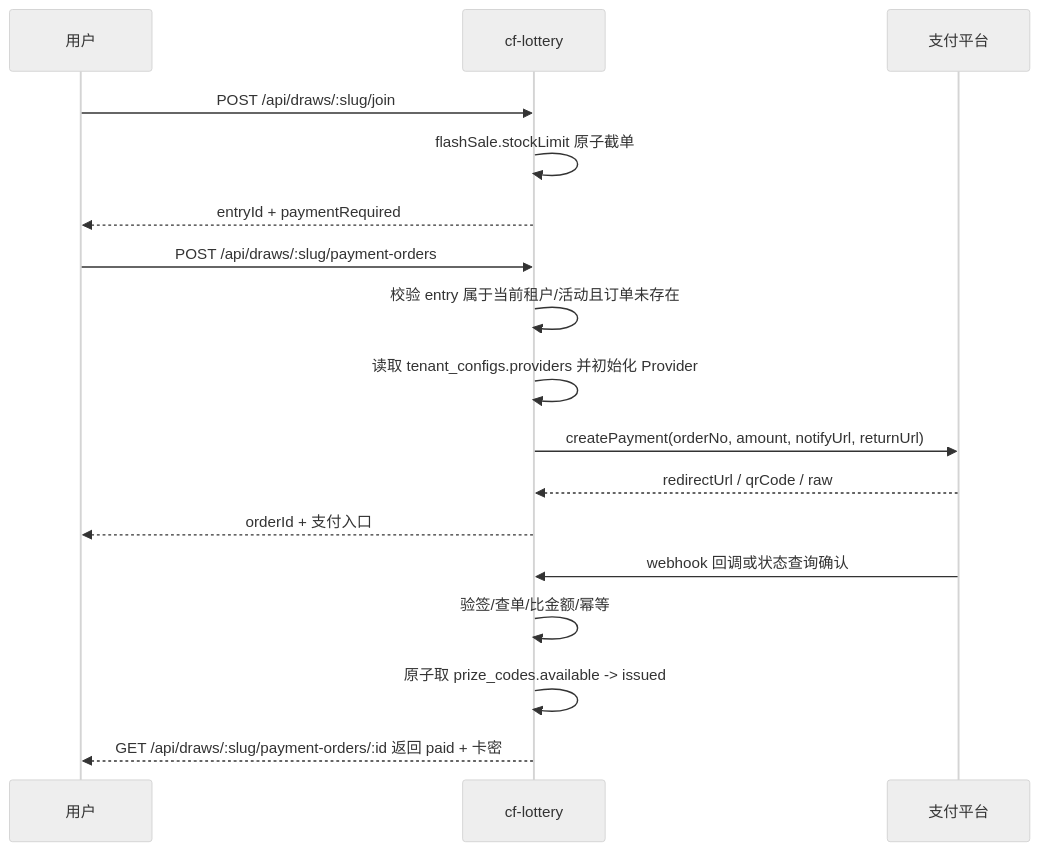
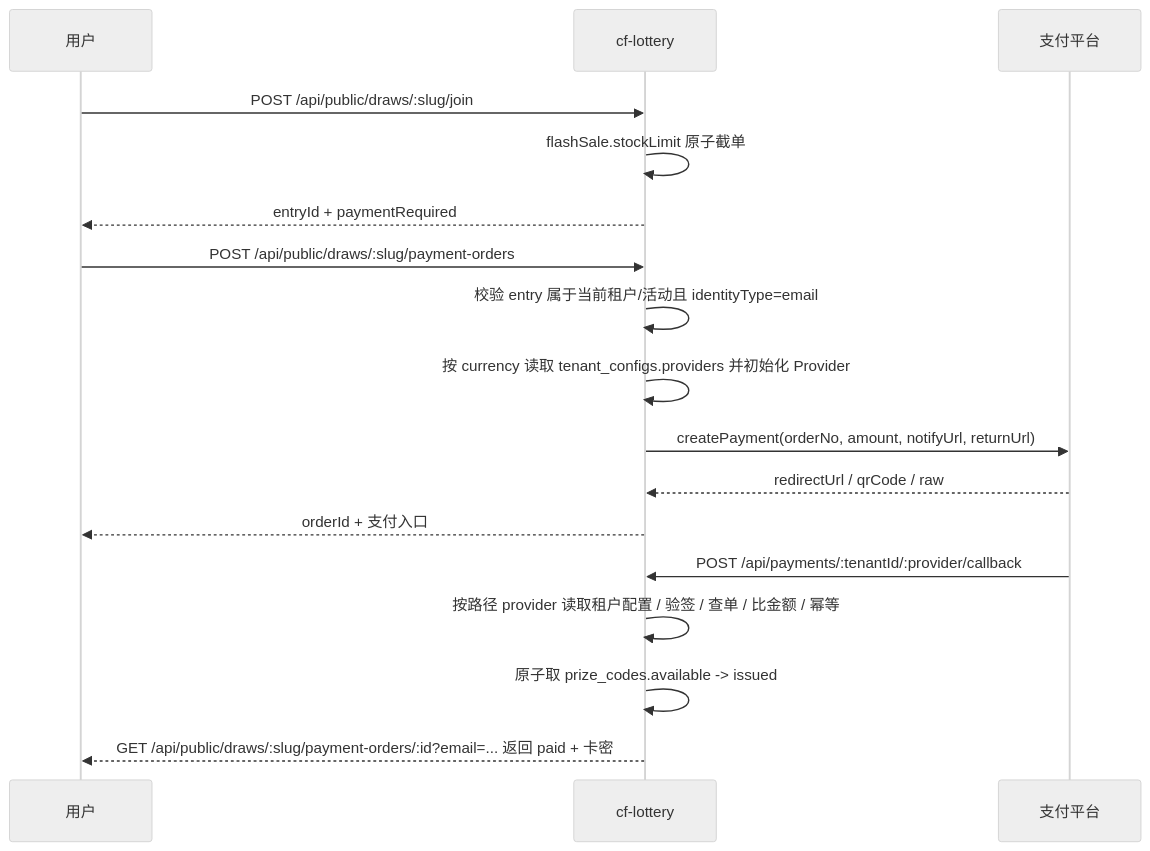
The diagram in docs/131_秒杀卡密多租户直付方案_2026-08-07.md (qwdingyu/cf-lottery), drawn with Mermaid (neutral theme) before and after one commit. The commit also changed other lines of this file and 20 other files, not shown here.

````diff
--- a/docs/131_秒杀卡密多租户直付方案_2026-08-07.md
+++ b/docs/131_秒杀卡密多租户直付方案_2026-08-07.md
@@ -160,20 +158,20 @@
 ```mermaid
 sequenceDiagram
   participant U as 用户
   participant L as cf-lottery
   participant P as 支付平台
 
-  U->>L: POST /api/draws/:slug/join
+  U->>L: POST /api/public/draws/:slug/join
   L->>L: flashSale.stockLimit 原子截单
   L-->>U: entryId + paymentRequired
-  U->>L: POST /api/draws/:slug/payment-orders
-  L->>L: 校验 entry 属于当前租户/活动且订单未存在
-  L->>L: 读取 tenant_configs.providers 并初始化 Provider
+  U->>L: POST /api/public/draws/:slug/payment-orders
+  L->>L: 校验 entry 属于当前租户/活动且 identityType=email
+  L->>L: 按 currency 读取 tenant_configs.providers 并初始化 Provider
   L->>P: createPayment(orderNo, amount, notifyUrl, returnUrl)
   P-->>L: redirectUrl / qrCode / raw
   L-->>U: orderId + 支付入口
-  P->>L: webhook 回调或状态查询确认
-  L->>L: 验签/查单/比金额/幂等
+  P->>L: POST /api/payments/:tenantId/:provider/callback
+  L->>L: 按路径 provider 读取租户配置 / 验签 / 查单 / 比金额 / 幂等
   L->>L: 原子取 prize_codes.available -> issued
-  L-->>U: GET /api/draws/:slug/payment-orders/:id 返回 paid + 卡密
+  L-->>U: GET /api/public/draws/:slug/payment-orders/:id?email=... 返回 paid + 卡密
 ```
````
